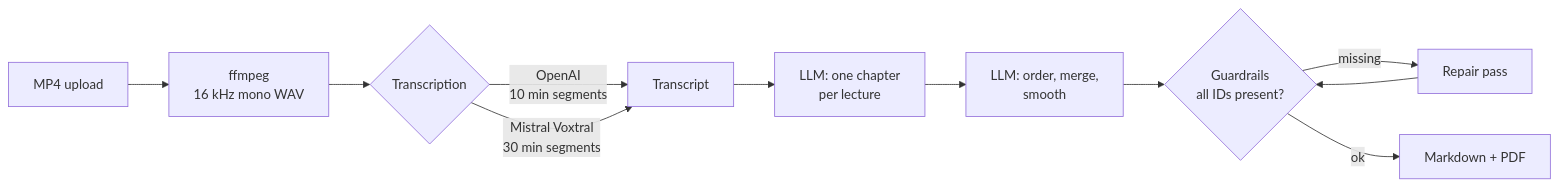
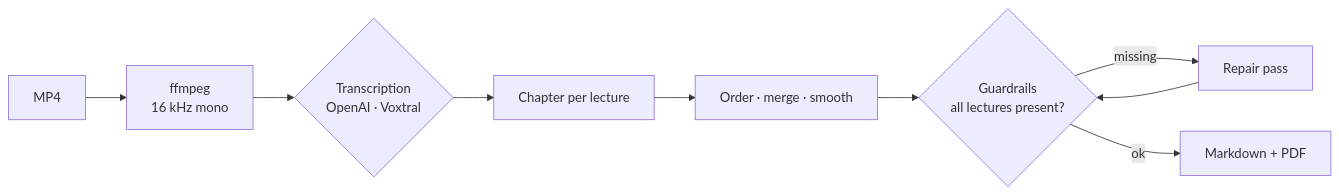
Before and after one commit to amroeser/lecture-notes-app: the diagram in README.md, drawn with Mermaid. The commit also changed other lines of this file and 48 other files, not shown here.

````diff
--- a/README.md
+++ b/README.md
@@ -101,12 +60,10 @@
 ```mermaid
 flowchart LR
-    A[MP4 upload] --> B[ffmpeg<br/>16 kHz mono WAV]
-    B --> C{Transcription}
-    C -->|OpenAI<br/>10 min segments| D[Transcript]
-    C -->|Mistral Voxtral<br/>30 min segments| D
-    D --> E[LLM: one chapter<br/>per lecture]
-    E --> F[LLM: order, merge,<br/>smooth]
-    F --> G{Guardrails<br/>all IDs present?}
-    G -->|missing| H[Repair pass] --> G
-    G -->|ok| I[Markdown + PDF]
+    A[MP4] --> B[ffmpeg<br/>16 kHz mono]
+    B --> C{Transcription<br/>OpenAI · Voxtral}
+    C --> D[Chapter per lecture]
+    D --> E[Order · merge · smooth]
+    E --> F{Guardrails<br/>all lectures present?}
+    F -->|missing| G[Repair pass] --> F
+    F -->|ok| H[Markdown + PDF]
 ```
````
